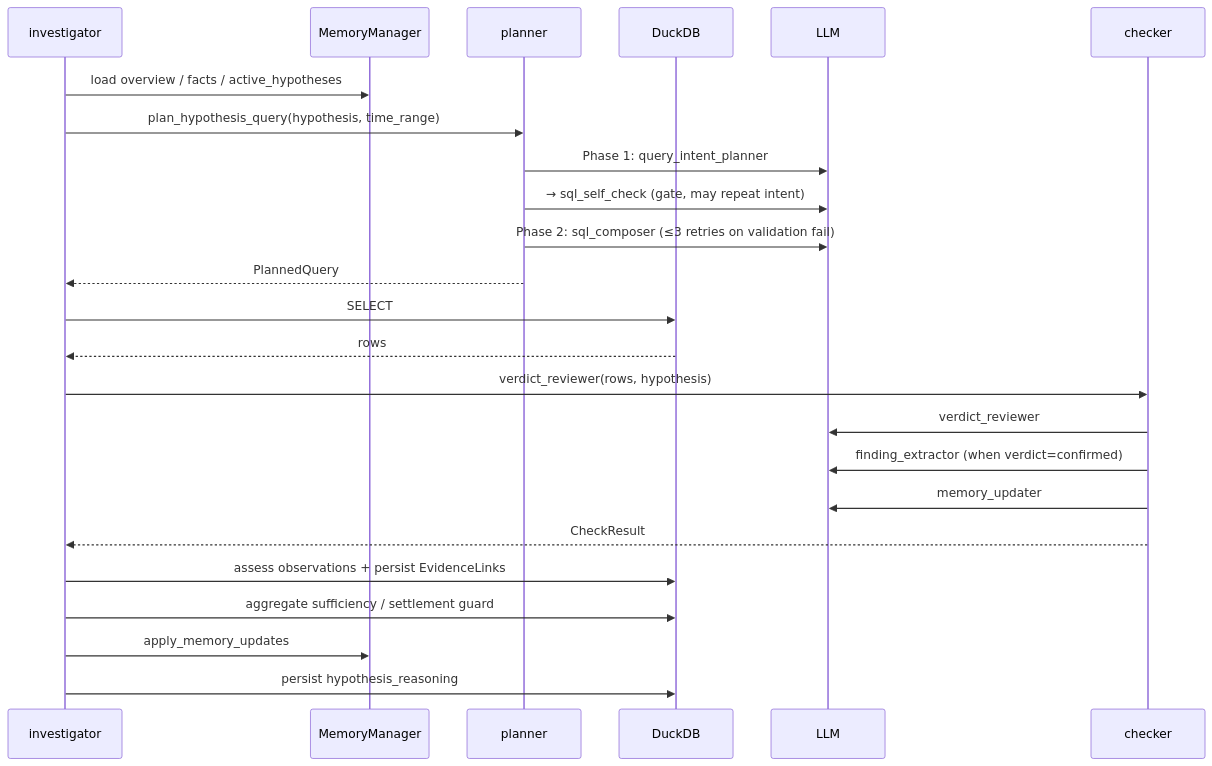
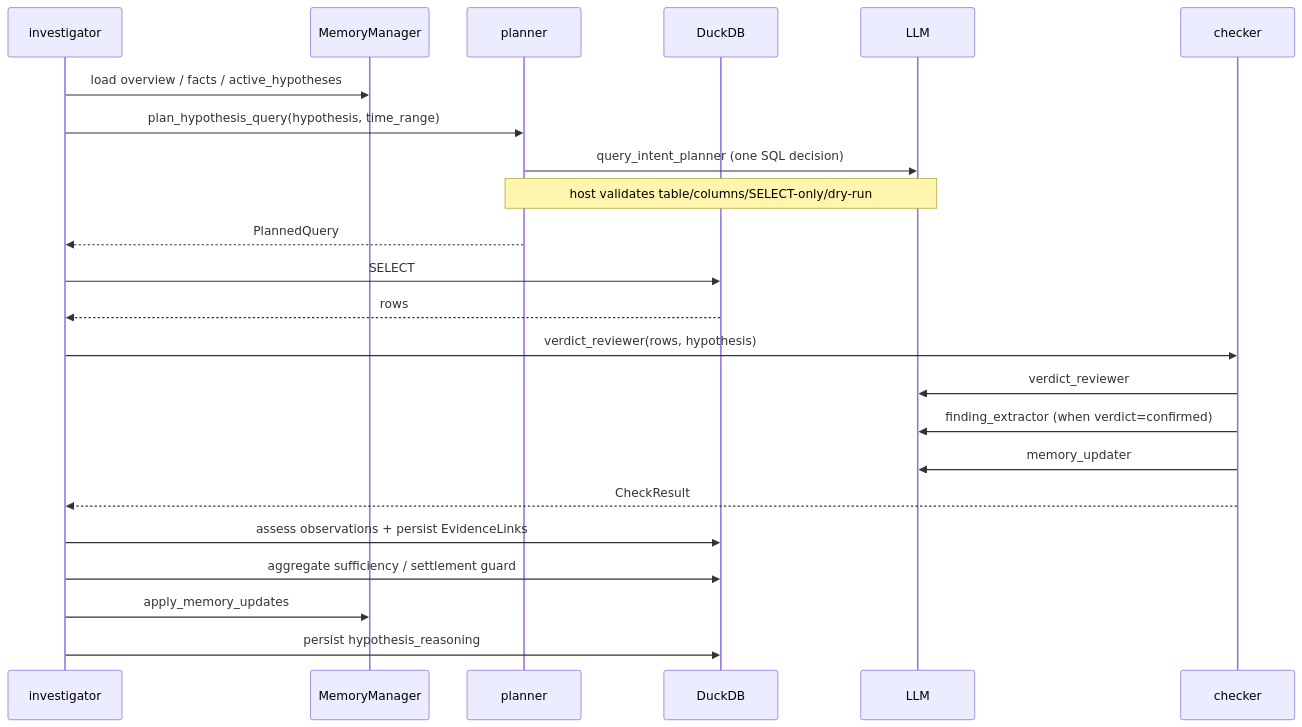
One commit to sumeshi/forensia changed the third of 4 diagrams in docs/architecture.md. Above: the diagram before and after it, drawn with Mermaid. The commit also changed other lines of this file and 12 other files, not shown here.

````diff
--- a/docs/architecture.md
+++ b/docs/architecture.md
@@ -153,27 +153,26 @@
 ```mermaid
 sequenceDiagram
     participant Inv as investigator
     participant Mem as MemoryManager
     participant Plan as planner
     participant DB as DuckDB
     participant LLM
     participant Chk as checker
 
     Inv->>Mem: load overview / facts / active_hypotheses
     Inv->>Plan: plan_hypothesis_query(hypothesis, time_range)
-    Plan->>LLM: Phase 1: query_intent_planner
-    Plan->>LLM: → sql_self_check (gate, may repeat intent)
-    Plan->>LLM: Phase 2: sql_composer (≤3 retries on validation fail)
+    Plan->>LLM: query_intent_planner (one SQL decision)
+    Note over Plan,LLM: host validates table/columns/SELECT-only/dry-run
     Plan-->>Inv: PlannedQuery
     Inv->>DB: SELECT
     DB-->>Inv: rows
     Inv->>Chk: verdict_reviewer(rows, hypothesis)
     Chk->>LLM: verdict_reviewer
     Chk->>LLM: finding_extractor (when verdict=confirmed)
     Chk->>LLM: memory_updater
     Chk-->>Inv: CheckResult
     Inv->>DB: assess observations + persist EvidenceLinks
     Inv->>DB: aggregate sufficiency / settlement guard
     Inv->>Mem: apply_memory_updates
     Inv->>DB: persist hypothesis_reasoning
 ```
````
